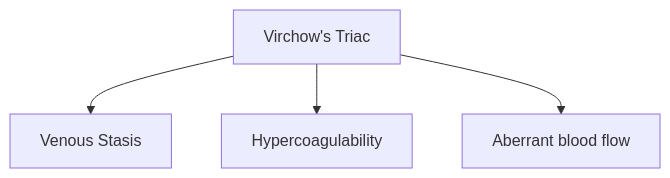
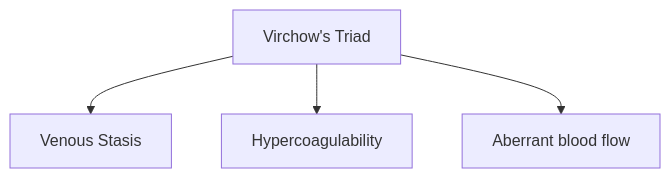
The diagram in content/course/board_prep/Geriatric/_index.md (dahef34/academic-resume), drawn with Mermaid before and after one commit. The commit also changed other lines of this file, not shown here.

````diff
--- a/content/course/board_prep/Geriatric/_index.md
+++ b/content/course/board_prep/Geriatric/_index.md
@@ -26,6 +22,6 @@
 ```mermaid
 graph TD
-    A[Virchow's Triac] -->  B[Venous Stasis]
+    A[Virchow's Triad] -->  B[Venous Stasis]
     A -->  C[Hypercoagulability]
     A -->  D[Aberrant blood flow]
 ```
````
